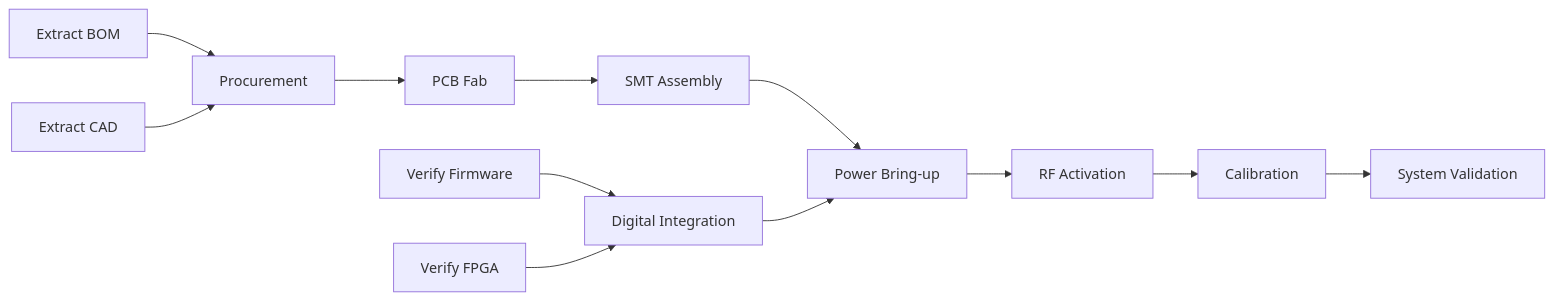
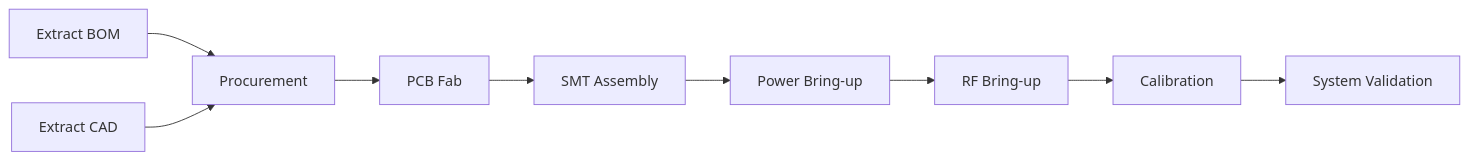
Before and after one commit to rpxgit/PLFM_RADAR: the second of 2 diagrams in 0_R_Notes/18_AERIS-10_Product_White_Paper.md, drawn with Mermaid. The commit also changed other lines of this file and 17 other files, not shown here.

Commit message:
docs: create comprehensive system architecture and component inventory documentation for the AERIS-10 radar project

````diff
--- a/0_R_Notes/18_AERIS-10_Product_White_Paper.md
+++ b/0_R_Notes/18_AERIS-10_Product_White_Paper.md
@@ -336,15 +339,11 @@
 ```mermaid
 graph LR
     BOM[Extract BOM] --> PROC[Procurement]
     CAD[Extract CAD] --> PROC
     PROC --> FAB[PCB Fab]
     FAB --> ASM[SMT Assembly]
     ASM --> PWR[Power Bring-up]
-    PWR --> RF[RF Activation]
+    PWR --> RF[RF Bring-up]
     RF --> CAL[Calibration]
     CAL --> VAL[System Validation]
-    
-    FW[Verify Firmware] --> INT[Digital Integration]
-    RTL[Verify FPGA] --> INT
-    INT --> PWR
 ```
````
